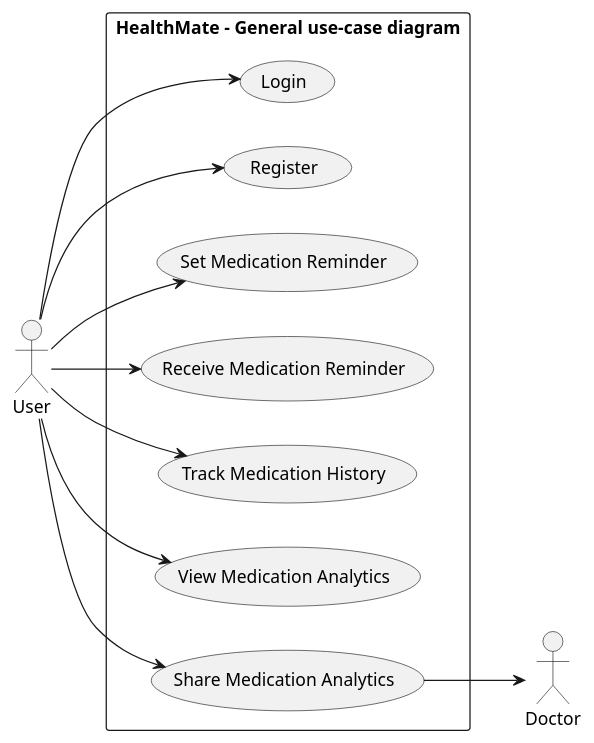
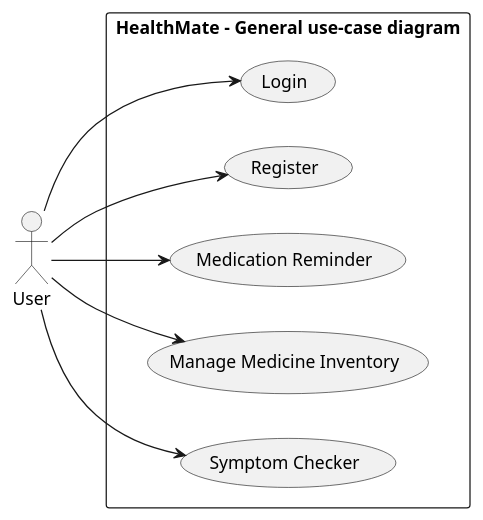
The diagram in diagrams/gen-usecase.puml (Organisasyon-ng-mga-Malalakas/HealthMate-API), drawn with PlantUML before and after one commit. The commit also changed 12 other files, not shown here.

Commit message:
complete diagrams

```diff
--- a/diagrams/gen-usecase.puml
+++ b/diagrams/gen-usecase.puml
@@ -1,22 +1,16 @@
 @startuml HealthMate - General use-case diagram
 left to right direction
 actor "User" as user
-actor "Doctor" as doctor
 rectangle "HealthMate - General use-case diagram" as app {
   usecase "Login" as Auth1
   usecase "Register" as Auth2
-  usecase "Set Medication Reminder" as UC1
-  usecase "Receive Medication Reminder" as UC2
-  usecase "Track Medication History" as UC3
-  usecase "View Medication Analytics" as UC4
-  usecase "Share Medication Analytics" as UC5
+  usecase "Medication Reminder" as UC1
+  usecase "Manage Medicine Inventory" as UC2
+  usecase "Symptom Checker" as UC3
 }
 user --> Auth1
 user --> Auth2
 user --> UC1
 user --> UC2
 user --> UC3
-user --> UC4
-user --> UC5
-UC5 --> doctor
 @enduml
```
